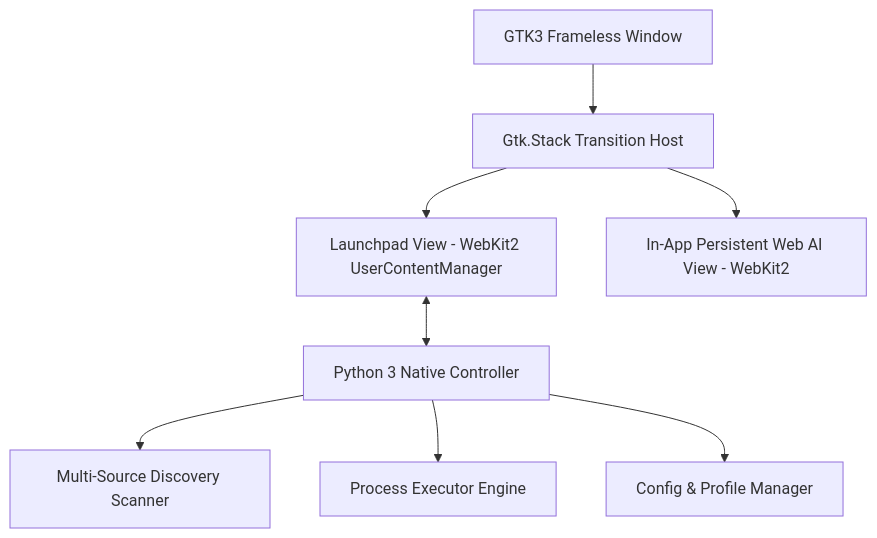
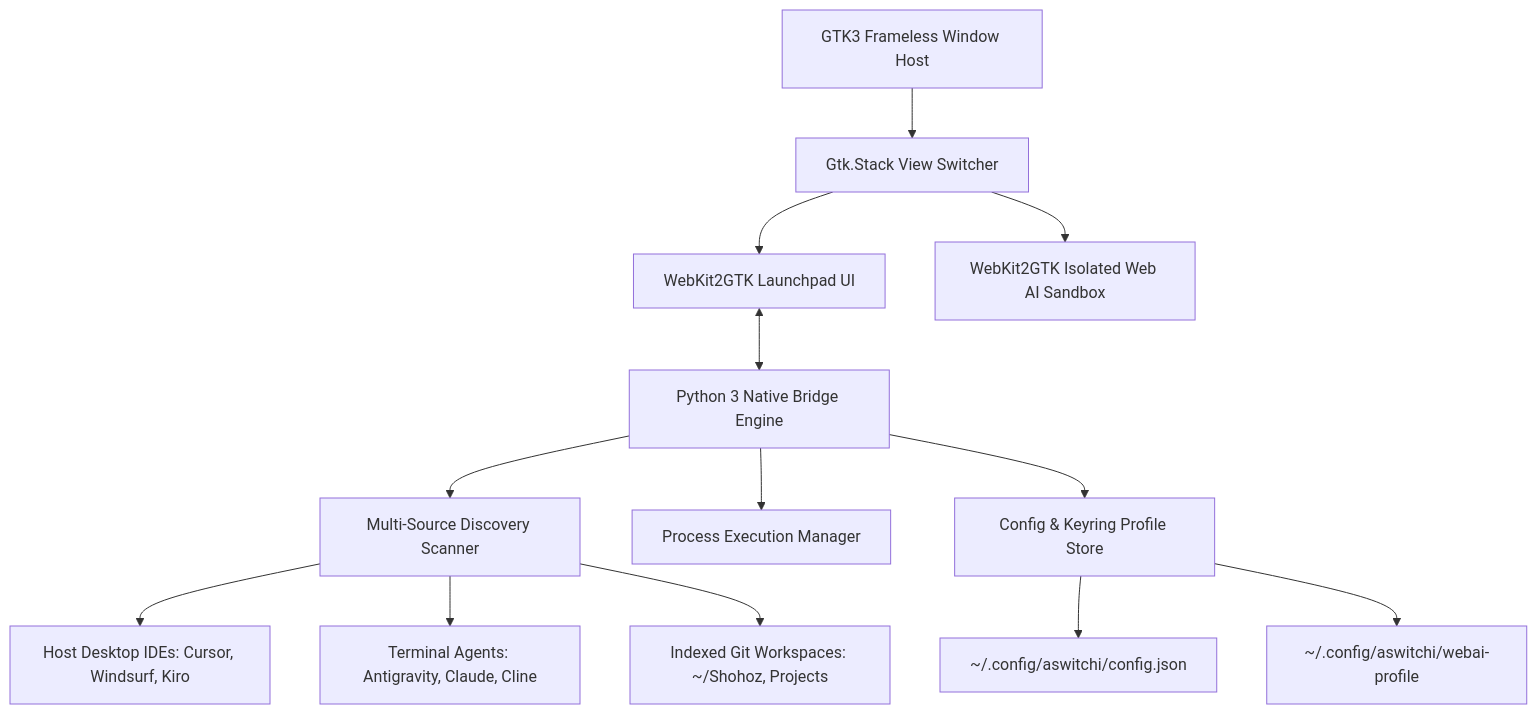
One commit to Maijied/AswitchI changed the diagram in README.md. Above: the diagram before and after it, drawn with Mermaid. The commit also changed other lines of this file and 30 other files, not shown here.

````diff
--- a/README.md
+++ b/README.md
@@ -83,10 +158,19 @@
 ```mermaid
 graph TD
-    A[GTK3 Frameless Window] --> B[Gtk.Stack Transition Host]
-    B --> C[Launchpad View - WebKit2 UserContentManager]
-    B --> D[In-App Persistent Web AI View - WebKit2]
-    C <--> E[Python 3 Native Controller]
+    A[GTK3 Frameless Window Host] --> B[Gtk.Stack View Switcher]
+    B --> C[WebKit2GTK Launchpad UI]
+    B --> D[WebKit2GTK Isolated Web AI Sandbox]
+    
+    C <--> E[Python 3 Native Bridge Engine]
+    
     E --> F[Multi-Source Discovery Scanner]
-    E --> G[Process Executor Engine]
-    E --> H[Config & Profile Manager]
+    E --> G[Process Execution Manager]
+    E --> H[Config & Keyring Profile Store]
+    
+    F --> I[Host Desktop IDEs: Cursor, Windsurf, Kiro]
+    F --> J[Terminal Agents: Antigravity, Claude, Cline]
+    F --> K[Indexed Git Workspaces: ~/Shohoz, Projects]
+    
+    H --> L[~/.config/aswitchi/config.json]
+    H --> M[~/.config/aswitchi/webai-profile]
 ```
````
